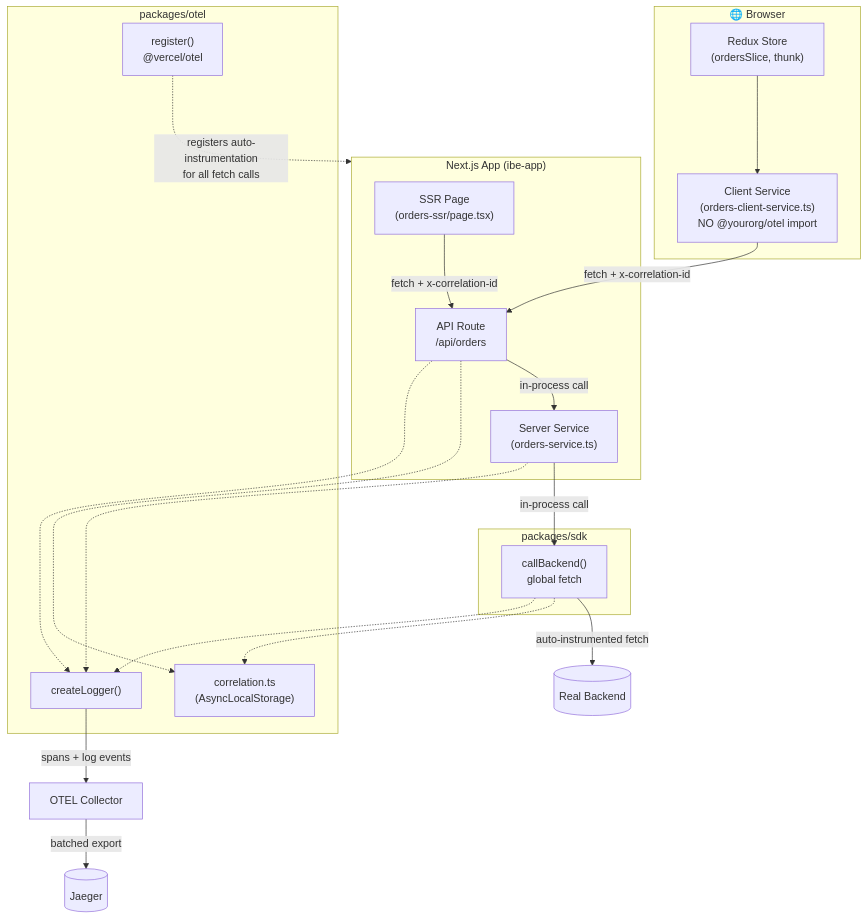
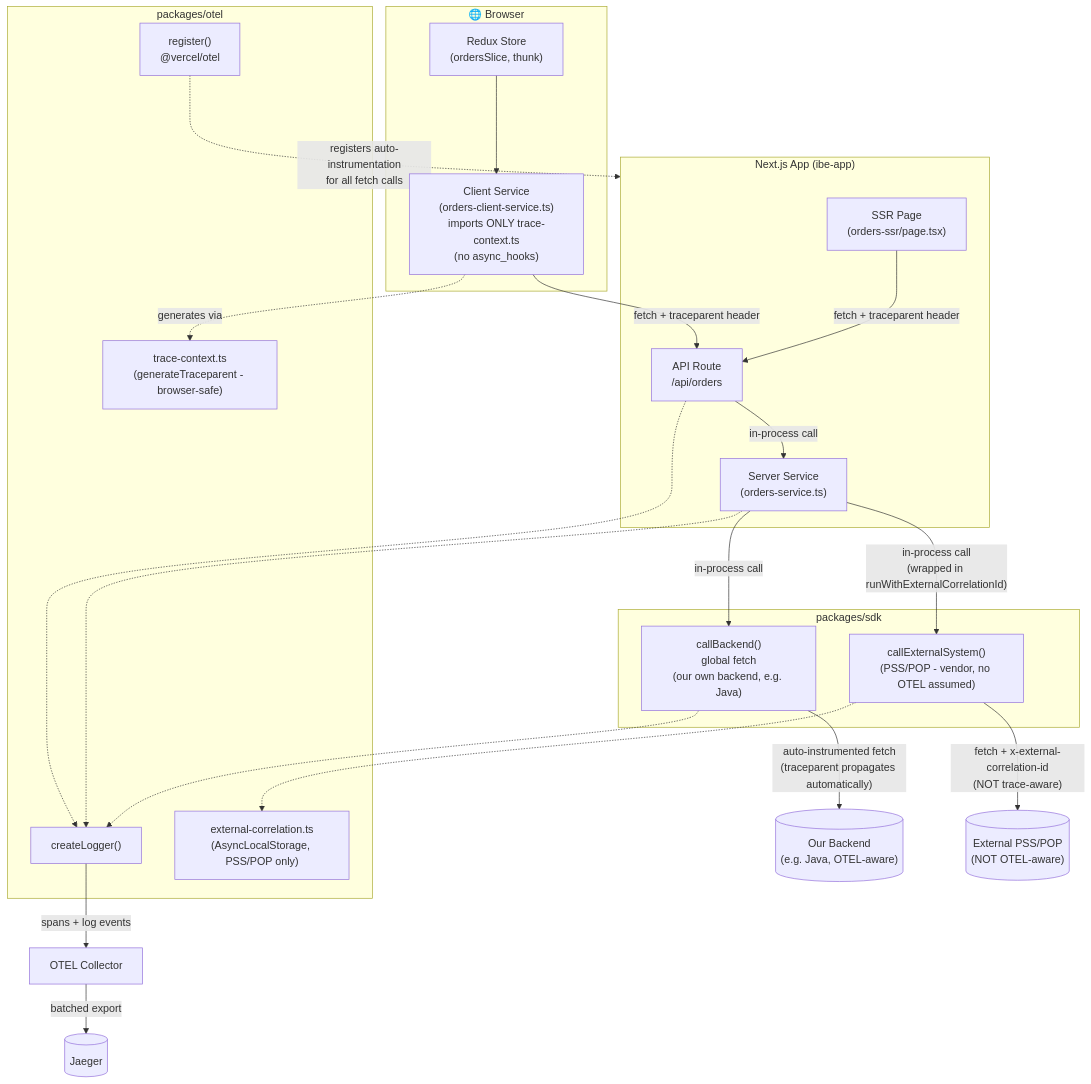
The first of 6 diagrams in ARCHITECTURE.md (kavinselvaraj/Next-OTEL), drawn with Mermaid before and after one commit. The commit also changed other lines of this file and 16 other files, not shown here.

````diff
--- a/ARCHITECTURE.md
+++ b/ARCHITECTURE.md
@@ -14,44 +22,49 @@
 ```mermaid
 flowchart TB
     subgraph Browser["🌐 Browser"]
         Redux["Redux Store\n(ordersSlice, thunk)"]
-        ClientService["Client Service\n(orders-client-service.ts)\nNO @yourorg/otel import"]
+        ClientService["Client Service\n(orders-client-service.ts)\nimports ONLY trace-context.ts\n(no async_hooks)"]
         Redux --> ClientService
     end
 
     subgraph App["Next.js App (ibe-app)"]
         SSRPage["SSR Page\n(orders-ssr/page.tsx)"]
         ApiRoute["API Route\n/api/orders"]
         ServerService["Server Service\n(orders-service.ts)"]
     end
 
     subgraph SDK["packages/sdk"]
-        CallBackend["callBackend()\nglobal fetch"]
+        CallBackend["callBackend()\nglobal fetch\n(our own backend, e.g. Java)"]
+        CallExternal["callExternalSystem()\n(PSS/POP - vendor, no OTEL assumed)"]
     end
 
     subgraph OtelPkg["packages/otel"]
         Logger["createLogger()"]
-        Correlation["correlation.ts\n(AsyncLocalStorage)"]
+        TraceCtx["trace-context.ts\n(generateTraceparent - browser-safe)"]
+        ExtCorrelation["external-correlation.ts\n(AsyncLocalStorage, PSS/POP only)"]
         Register["register()\n@vercel/otel"]
     end
 
-    Backend[("Real Backend")]
+    OwnBackend[("Our Backend\n(e.g. Java, OTEL-aware)")]
+    ExternalVendor[("External PSS/POP\n(NOT OTEL-aware)")]
     Collector["OTEL Collector"]
     Jaeger[("Jaeger")]
 
-    ClientService -- "fetch + x-correlation-id" --> ApiRoute
-    SSRPage -- "fetch + x-correlation-id" --> ApiRoute
+    ClientService -. "generates via" .-> TraceCtx
+    ClientService -- "fetch + traceparent header" --> ApiRoute
+    SSRPage -- "fetch + traceparent header" --> ApiRoute
     ApiRoute -- "in-process call" --> ServerService
     ServerService -- "in-process call" --> CallBackend
-    CallBackend -- "auto-instrumented fetch" --> Backend
+    ServerService -- "in-process call\n(wrapped in runWithExternalCorrelationId)" --> CallExternal
+    CallBackend -- "auto-instrumented fetch\n(traceparent propagates automatically)" --> OwnBackend
+    CallExternal -- "fetch + x-external-correlation-id\n(NOT trace-aware)" --> ExternalVendor
 
-    ApiRoute -.-> Correlation
-    CallBackend -.-> Correlation
+    CallExternal -.-> ExtCorrelation
     ApiRoute -.-> Logger
     ServerService -.-> Logger
     CallBackend -.-> Logger
     Register -.->|"registers auto-instrumentation\nfor all fetch calls"| App
 
     Logger -- "spans + log events" --> Collector
     Collector -- "batched export" --> Jaeger
 ```
````
